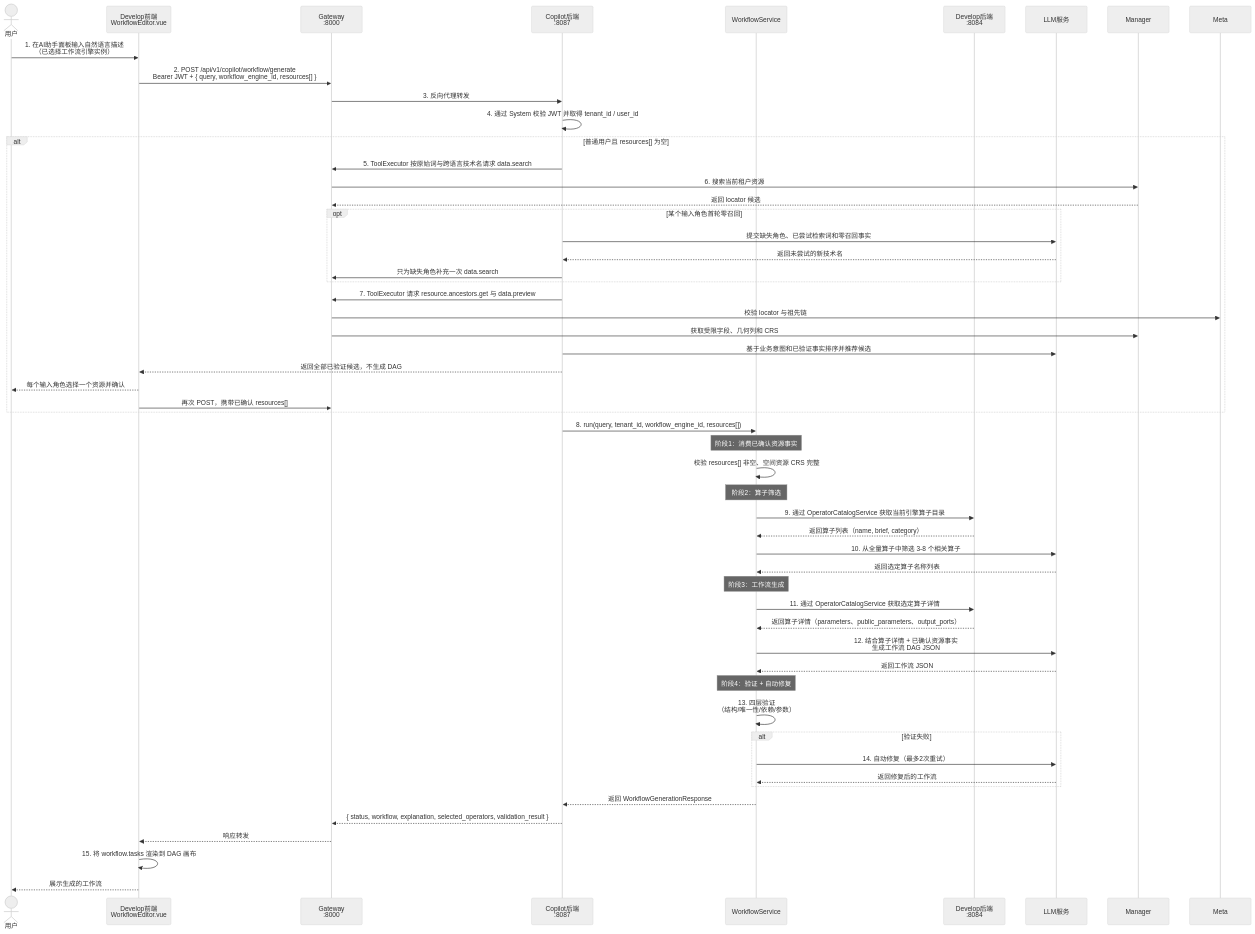
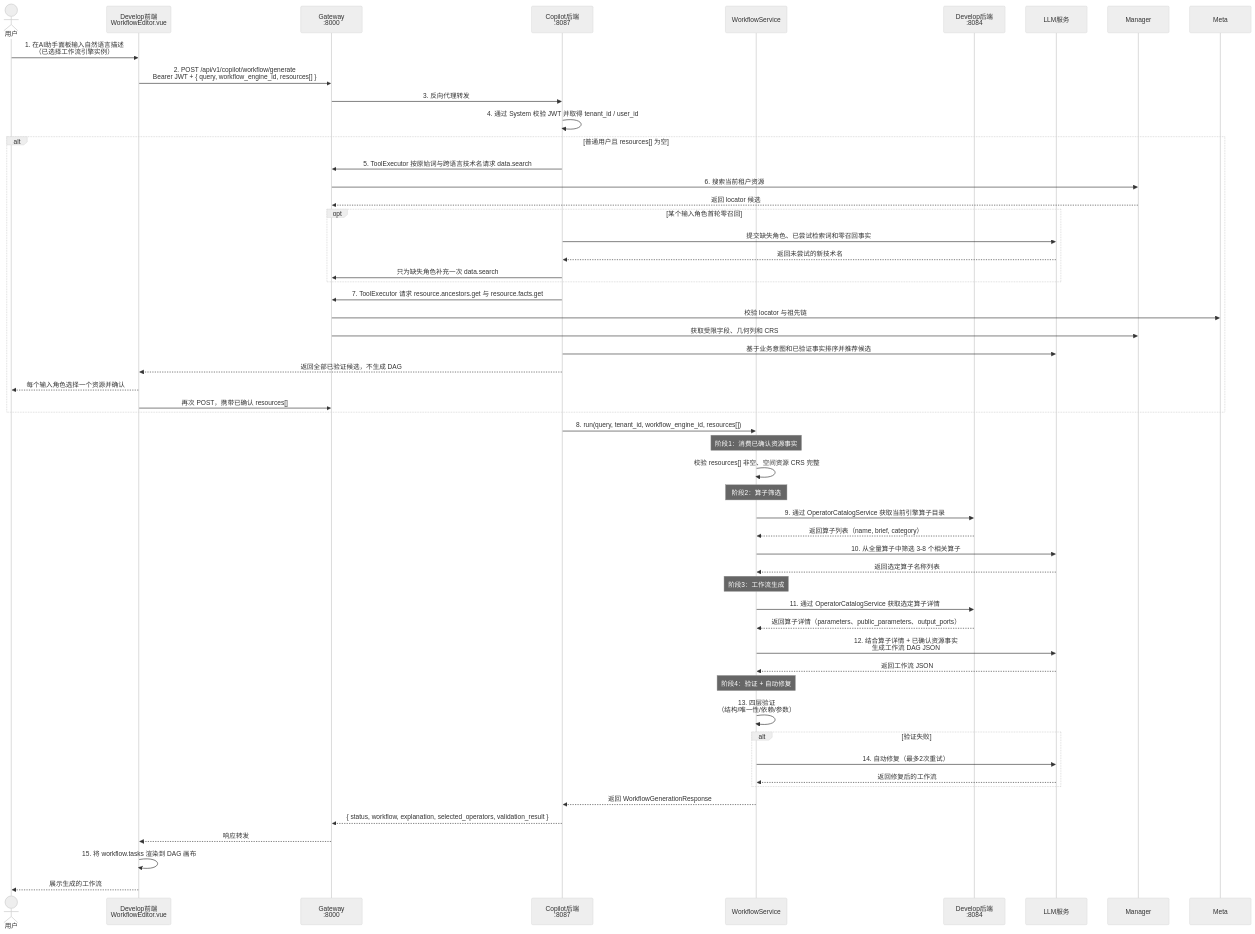
The first of 3 diagrams in copilot/docs/copilot-develop-调用关系说明.md (pampa0629/addp), drawn with Mermaid (neutral theme) before and after one commit. The commit also changed other lines of this file and 55 other files, not shown here.

````diff
--- a/copilot/docs/copilot-develop-调用关系说明.md
+++ b/copilot/docs/copilot-develop-调用关系说明.md
@@ -57,62 +57,62 @@
 ```mermaid
 sequenceDiagram
     actor User as 用户
     participant FE as Develop前端<br/>WorkflowEditor.vue
     participant GW as Gateway<br/>:8000
     participant Copilot as Copilot后端<br/>:8087
     participant WorkflowService
     participant DevBE as Develop后端<br/>:8084
     participant LLM as LLM服务
 
     User->>FE: 1. 在AI助手面板输入自然语言描述<br/>（已选择工作流引擎实例）
     FE->>GW: 2. POST /api/v1/copilot/workflow/generate<br/>Bearer JWT + { query, workflow_engine_id, resources[] }
     GW->>Copilot: 3. 反向代理转发
     Copilot->>Copilot: 4. 通过 System 校验 JWT 并取得 tenant_id / user_id
 
     alt 普通用户且 resources[] 为空
         Copilot->>GW: 5. ToolExecutor 按原始词与跨语言技术名请求 data.search
         GW->>Manager: 6. 搜索当前租户资源
         Manager-->>GW: 返回 locator 候选
         opt 某个输入角色首轮零召回
             Copilot->>LLM: 提交缺失角色、已尝试检索词和零召回事实
             LLM-->>Copilot: 返回未尝试的新技术名
             Copilot->>GW: 只为缺失角色补充一次 data.search
         end
-        Copilot->>GW: 7. ToolExecutor 请求 resource.ancestors.get 与 data.preview
+        Copilot->>GW: 7. ToolExecutor 请求 resource.ancestors.get 与 resource.facts.get
         GW->>Meta: 校验 locator 与祖先链
         GW->>Manager: 获取受限字段、几何列和 CRS
         Copilot->>LLM: 基于业务意图和已验证事实排序并推荐候选
         Copilot-->>FE: 返回全部已验证候选，不生成 DAG
         FE-->>User: 每个输入角色选择一个资源并确认
         FE->>GW: 再次 POST，携带已确认 resources[]
     end
     Copilot->>WorkflowService: 8. run(query, tenant_id, workflow_engine_id, resources[])
 
     note over WorkflowService: 阶段1：消费已确认资源事实
     WorkflowService->>WorkflowService: 校验 resources[] 非空、空间资源 CRS 完整
 
     note over WorkflowService: 阶段2：算子筛选
     WorkflowService->>DevBE: 9. 通过 OperatorCatalogService 获取当前引擎算子目录
     DevBE-->>WorkflowService: 返回算子列表（name, brief, category）
     WorkflowService->>LLM: 10. 从全量算子中筛选 3-8 个相关算子
     LLM-->>WorkflowService: 返回选定算子名称列表
 
     note over WorkflowService: 阶段3：工作流生成
     WorkflowService->>DevBE: 11. 通过 OperatorCatalogService 获取选定算子详情
     DevBE-->>WorkflowService: 返回算子详情（parameters、public_parameters、output_ports）
     WorkflowService->>LLM: 12. 结合算子详情 + 已确认资源事实<br/>生成工作流 DAG JSON
     LLM-->>WorkflowService: 返回工作流 JSON
 
     note over WorkflowService: 阶段4：验证 + 自动修复
     WorkflowService->>WorkflowService: 13. 四层验证<br/>（结构/唯一性/依赖/参数）
     alt 验证失败
         WorkflowService->>LLM: 14. 自动修复（最多2次重试）
         LLM-->>WorkflowService: 返回修复后的工作流
     end
 
     WorkflowService-->>Copilot: 返回 WorkflowGenerationResponse
     Copilot-->>GW: { status, workflow, explanation, selected_operators, validation_result }
     GW-->>FE: 响应转发
     FE->>FE: 15. 将 workflow.tasks 渲染到 DAG 画布
     FE-->>User: 展示生成的工作流
 ```
````
